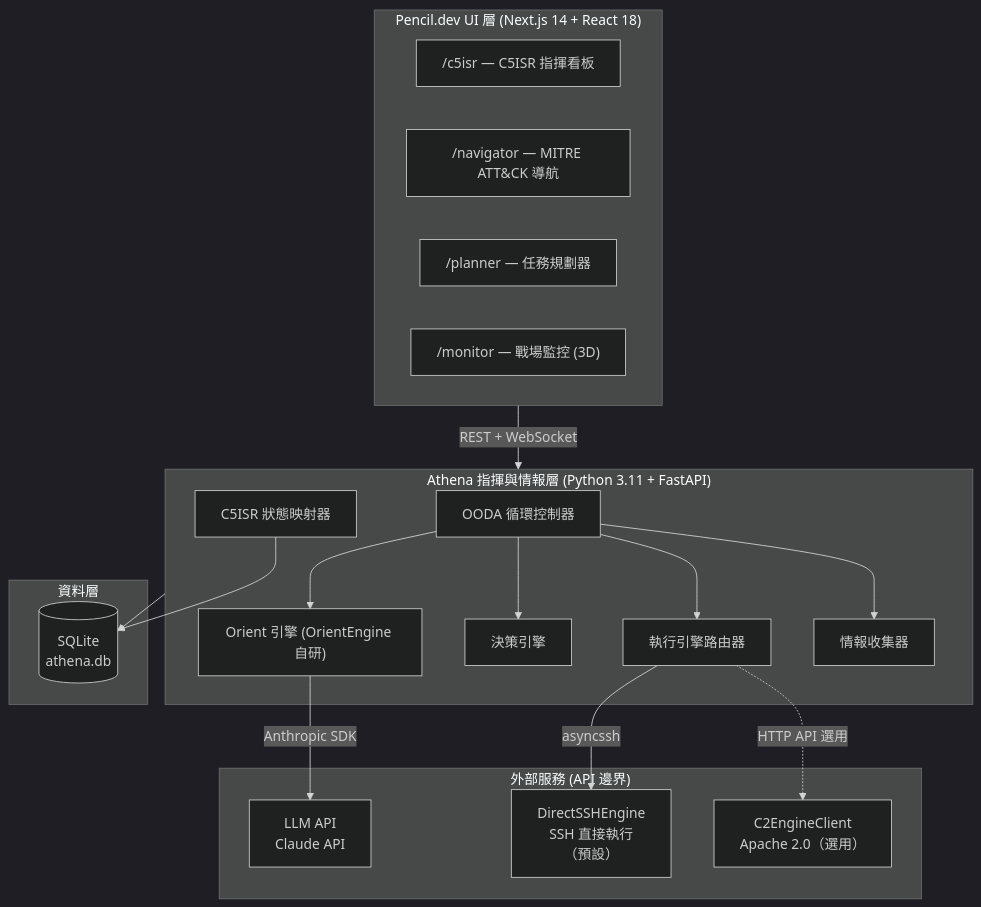
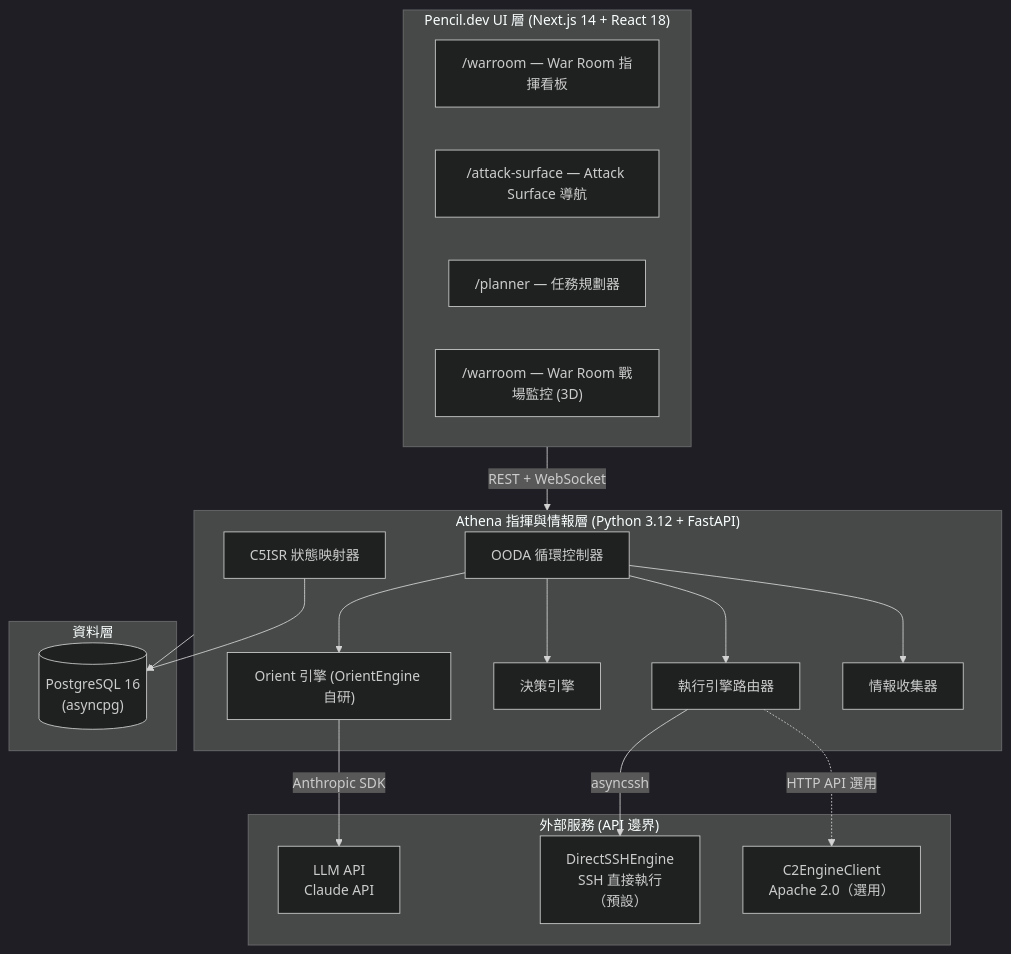
One commit to astroicers/Athena changed the first of 5 diagrams in docs/architecture.md. Above: the diagram before and after it, drawn with Mermaid (dark theme). The commit also changed other lines of this file and 21 other files, not shown here.

First line of the commit message:
docs: align documentation with actual architecture (SQLite→PG, SPEC statuses, SDS)

````diff
--- a/docs/architecture.md
+++ b/docs/architecture.md
@@ -39,39 +39,39 @@
 ```mermaid
 graph TD
     subgraph UI["Pencil.dev UI 層 (Next.js 14 + React 18)"]
-        C5ISR["/c5isr — C5ISR 指揮看板"]
-        NAV["/navigator — MITRE ATT&CK 導航"]
+        C5ISR["/warroom — War Room 指揮看板"]
+        NAV["/attack-surface — Attack Surface 導航"]
         PLAN["/planner — 任務規劃器"]
-        MON["/monitor — 戰場監控 (3D)"]
+        MON["/warroom — War Room 戰場監控 (3D)"]
     end
 
-    subgraph Core["Athena 指揮與情報層 (Python 3.11 + FastAPI)"]
+    subgraph Core["Athena 指揮與情報層 (Python 3.12 + FastAPI)"]
         OODA["OODA 循環控制器"]
         ORIENT["Orient 引擎 (OrientEngine 自研)"]
         DECIDE["決策引擎"]
         ROUTER["執行引擎路由器"]
         C5MAP["C5ISR 狀態映射器"]
         FACTS["情報收集器"]
     end
 
     subgraph DB["資料層"]
-        SQLITE[("SQLite\nathena.db")]
+        PG[("PostgreSQL 16\n(asyncpg)")]
     end
 
     subgraph External["外部服務 (API 邊界)"]
         LLM["LLM API\nClaude API"]
         CAL["DirectSSHEngine\nSSH 直接執行\n（預設）"]
         SHA["C2EngineClient\nApache 2.0（選用）"]
     end
 
     UI -->|REST + WebSocket| Core
     OODA --> FACTS
     OODA --> ORIENT
     OODA --> DECIDE
     OODA --> ROUTER
     ORIENT -->|Anthropic SDK| LLM
     ROUTER -->|asyncssh| CAL
     ROUTER -.->|HTTP API 選用| SHA
-    Core --> SQLITE
-    C5MAP --> SQLITE
+    Core --> PG
+    C5MAP --> PG
 ```
````
